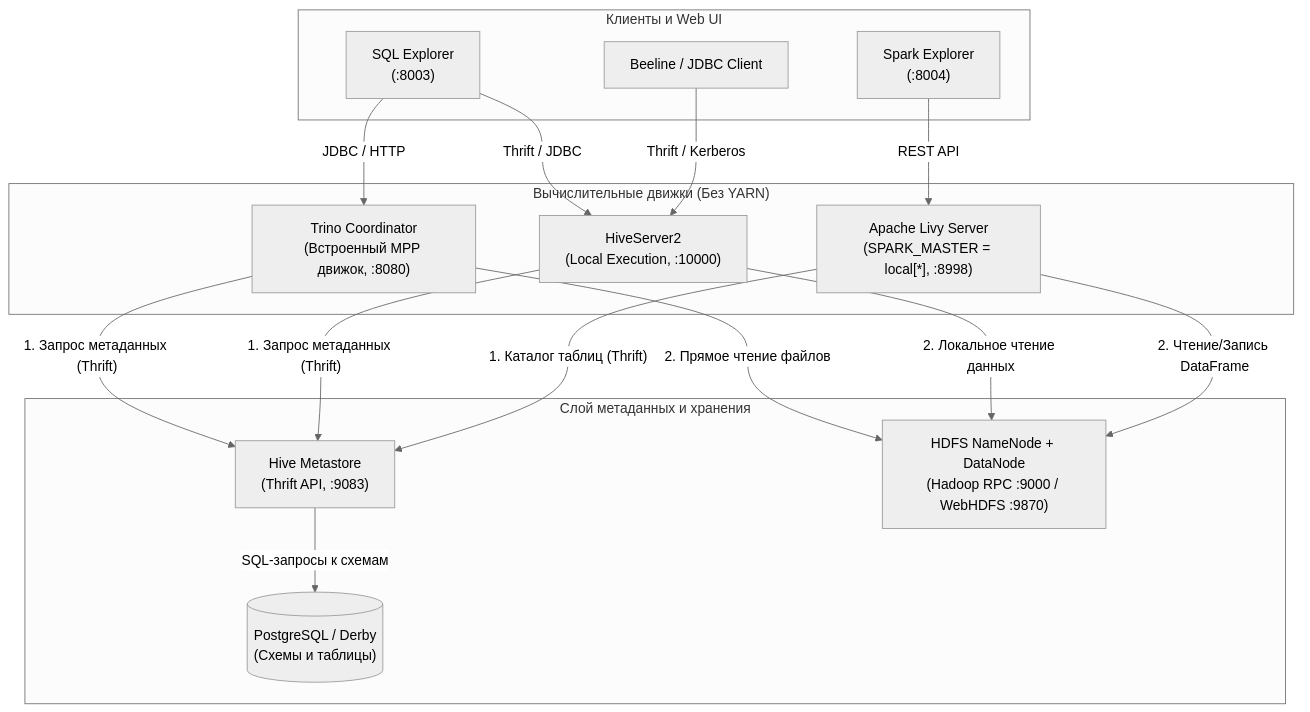
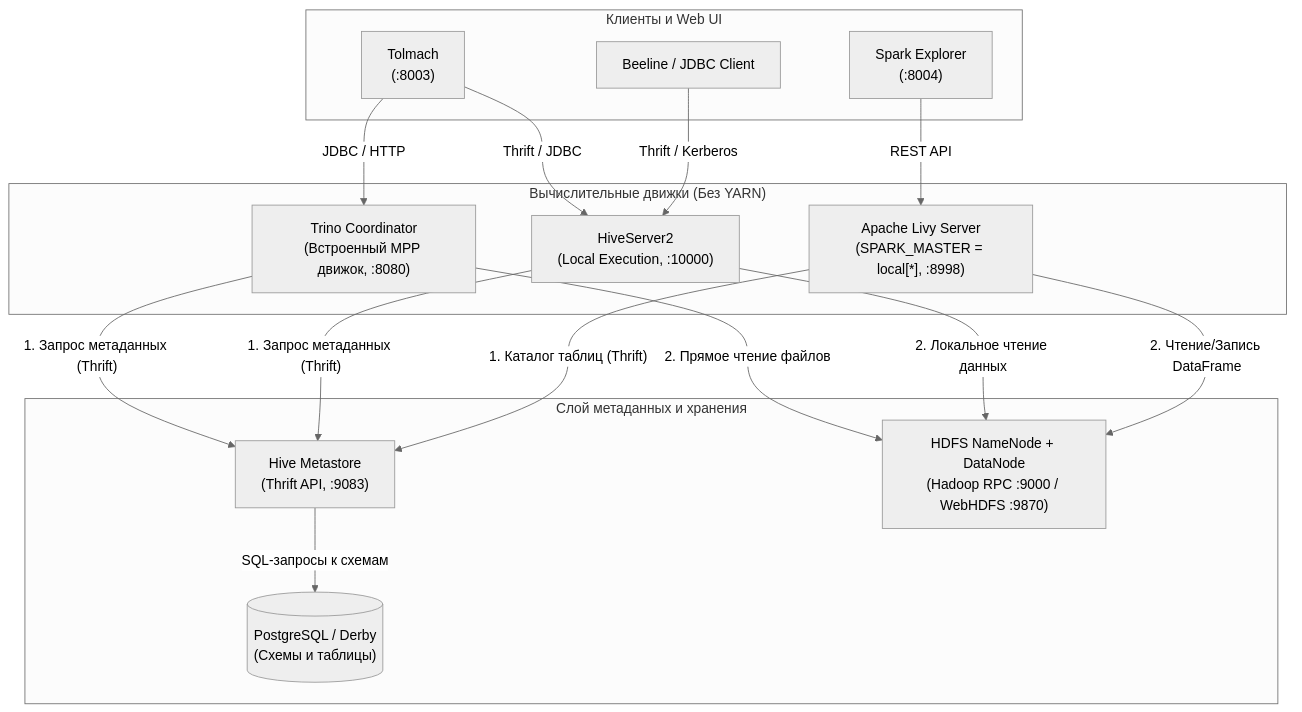
One commit to balookrd/hadoop-explorer changed the diagram in docs/hive-spark-without-yarn.md. Above: the diagram before and after it, drawn with Mermaid (neutral theme). The commit also changed 288 other files, not shown here.

Commit message:
refactor!: rename SQL Explorer service to Tolmach

````diff
--- a/docs/hive-spark-without-yarn.md
+++ b/docs/hive-spark-without-yarn.md
@@ -90,36 +90,36 @@
 ```mermaid
 flowchart TD
     subgraph Clients["Клиенты и Web UI"]
-        UI_SQL["SQL Explorer\n(:8003)"]
+        UI_SQL["Tolmach\n(:8003)"]
         UI_SPARK["Spark Explorer\n(:8004)"]
         Beeline["Beeline / JDBC Client"]
     end
 
     subgraph Engines["Вычислительные движки (Без YARN)"]
         TRINO["Trino Coordinator\n(Встроенный MPP движок, :8080)"]
         HS2["HiveServer2\n(Local Execution, :10000)"]
         LIVY["Apache Livy Server\n(SPARK_MASTER = local[*], :8998)"]
     end
 
     subgraph StorageMeta["Слой метаданных и хранения"]
         HMS["Hive Metastore\n(Thrift API, :9083)"]
         RDBMS[("PostgreSQL / Derby\n(Схемы и таблицы)")]
         HDFS["HDFS NameNode + DataNode\n(Hadoop RPC :9000 / WebHDFS :9870)"]
     end
 
     UI_SQL -->|"JDBC / HTTP"| TRINO
     UI_SQL -->|"Thrift / JDBC"| HS2
     UI_SPARK -->|"REST API"| LIVY
     Beeline -->|"Thrift / Kerberos"| HS2
 
     TRINO -->|"1. Запрос метаданных (Thrift)"| HMS
     TRINO -->|"2. Прямое чтение файлов"| HDFS
     
     HS2 -->|"1. Запрос метаданных (Thrift)"| HMS
     HS2 -->|"2. Локальное чтение данных"| HDFS
     
     LIVY -->|"1. Каталог таблиц (Thrift)"| HMS
     LIVY -->|"2. Чтение/Запись DataFrame"| HDFS
     
     HMS -->|"SQL-запросы к схемам"| RDBMS
 ```
````
